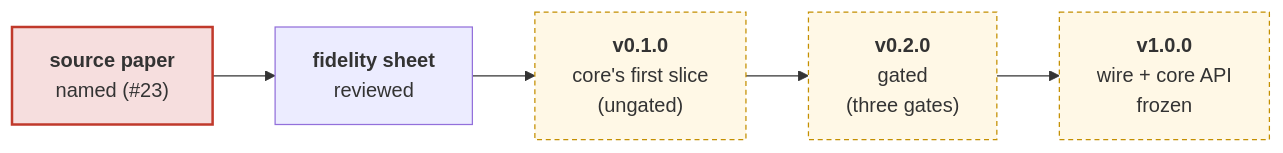
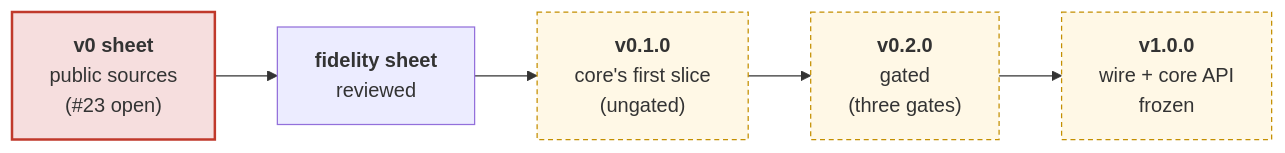
One commit to swarm-routing/Q-Swarm changed the diagram in docs/roadmap.md. Above: the diagram before and after it, drawn with Mermaid. The commit also changed other lines of this file and 6 other files, not shown here.

First line of the commit message:
docs(fidelity): v0 sheet from public sources: qlfr as candidate, boltzmann selection from kaelbling et al. (#43)

````diff
--- a/docs/roadmap.md
+++ b/docs/roadmap.md
@@ -34,15 +34,15 @@
 ```mermaid
 flowchart LR
-    P["<b>source paper</b><br/>named (#23)"]
+    P["<b>v0 sheet</b><br/>public sources<br/>(#23 open)"]
     F["<b>fidelity sheet</b><br/>reviewed"]
     V01["<b>v0.1.0</b><br/>core's first slice<br/>(ungated)"]
     V02["<b>v0.2.0</b><br/>gated<br/>(three gates)"]
     V10["<b>v1.0.0</b><br/>wire + core API<br/>frozen"]
 
     P --> F --> V01 --> V02 --> V10
 
     style P fill:#f6dede,stroke:#c0392b,stroke-width:2px
     style V01 fill:#fff8e6,stroke:#c48f00,stroke-dasharray:4 3
     style V02 fill:#fff8e6,stroke:#c48f00,stroke-dasharray:4 3
     style V10 fill:#fff8e6,stroke:#c48f00,stroke-dasharray:4 3
 ```
````
